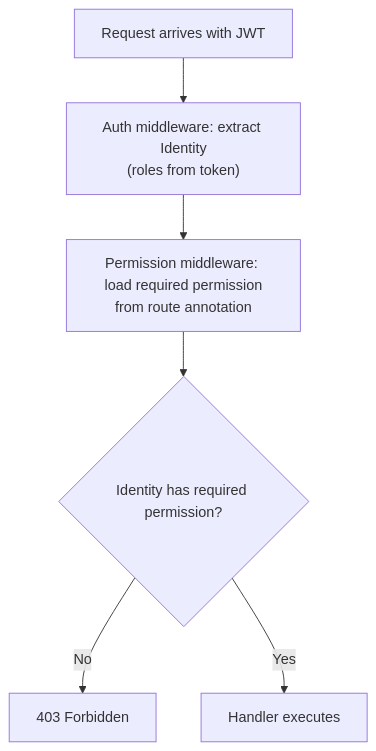
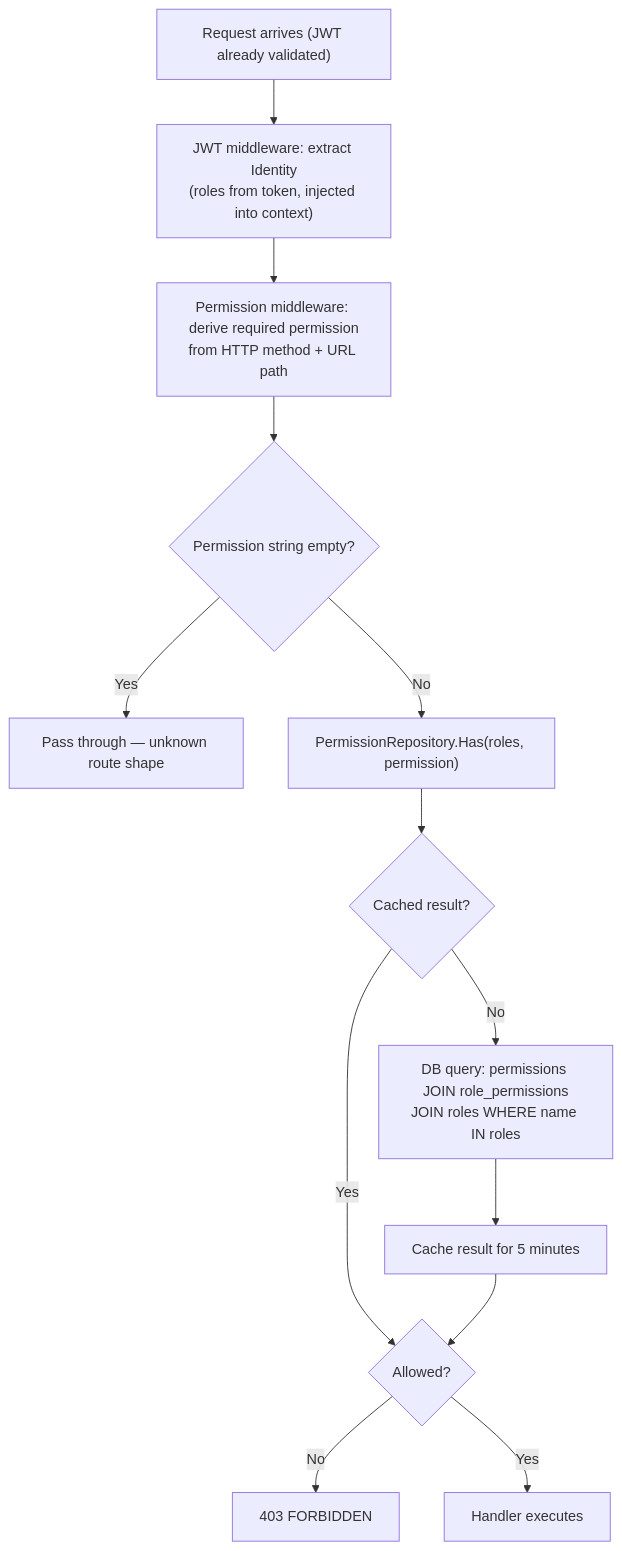
Before and after one commit to noiia/EERP-Documentation-Wiki: the first of 3 diagrams in docs/core/permissions.md, drawn with Mermaid. The commit also changed other lines of this file and 18 other files, not shown here.

````diff
--- a/docs/core/permissions.md
+++ b/docs/core/permissions.md
@@ -71,8 +88,15 @@
 ```mermaid
 flowchart TD
-    A["Request arrives with JWT"] --> B["Auth middleware: extract Identity\n(roles from token)"]
-    B --> C["Permission middleware: load required permission\nfrom route annotation"]
-    C --> D{"Identity has required permission?"}
-    D -- No --> E["403 Forbidden"]
-    D -- Yes --> F["Handler executes"]
+    A["Request arrives (JWT already validated)"] --> B["JWT middleware: extract Identity\n(roles from token, injected into context)"]
+    B --> C["Permission middleware: derive required permission\nfrom HTTP method + URL path"]
+    C --> D{Permission string empty?}
+    D -- Yes --> E["Pass through — unknown route shape"]
+    D -- No --> F["PermissionRepository.Has(roles, permission)"]
+    F --> G{Cached result?}
+    G -- Yes --> H{Allowed?}
+    G -- No --> I["DB query: permissions JOIN role_permissions\nJOIN roles WHERE name IN roles"]
+    I --> J["Cache result for 5 minutes"]
+    J --> H
+    H -- No --> K["403 FORBIDDEN"]
+    H -- Yes --> L["Handler executes"]
 ```
````
